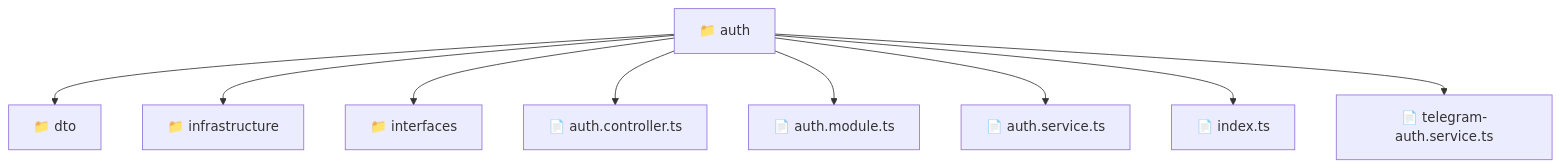
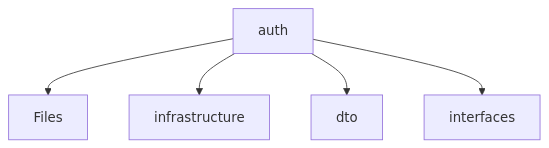
Before and after one commit to beginwebdev2002/fullstack-mavluda: the diagram in backend/src/modules/auth/README.md, drawn with Mermaid. The commit also changed other lines of this file and 163 other files, not shown here.

First line of the commit message:
feat: autogenerate localized directory readmes for architectural transparency

````diff
--- a/backend/src/modules/auth/README.md
+++ b/backend/src/modules/auth/README.md
@@ -9,12 +10,7 @@
 ```mermaid
 graph TD
-  Root["📁 auth"]
-  Root --> dto["📁 dto"]
-  Root --> infrastructure["📁 infrastructure"]
-  Root --> interfaces["📁 interfaces"]
-  Root --> auth_controller_ts["📄 auth.controller.ts"]
-  Root --> auth_module_ts["📄 auth.module.ts"]
-  Root --> auth_service_ts["📄 auth.service.ts"]
-  Root --> index_ts["📄 index.ts"]
-  Root --> telegram_auth_service_ts["📄 telegram-auth.service.ts"]
+    auth[auth] --> Files
+    auth --> infrastructure[infrastructure]
+    auth --> dto[dto]
+    auth --> interfaces[interfaces]
 ```
````
